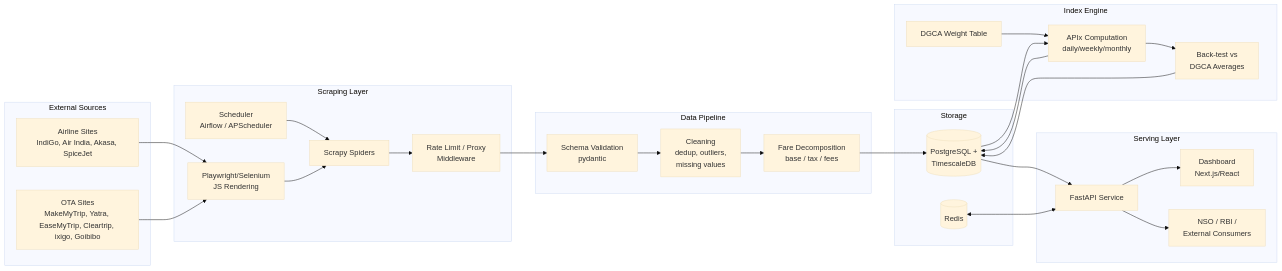
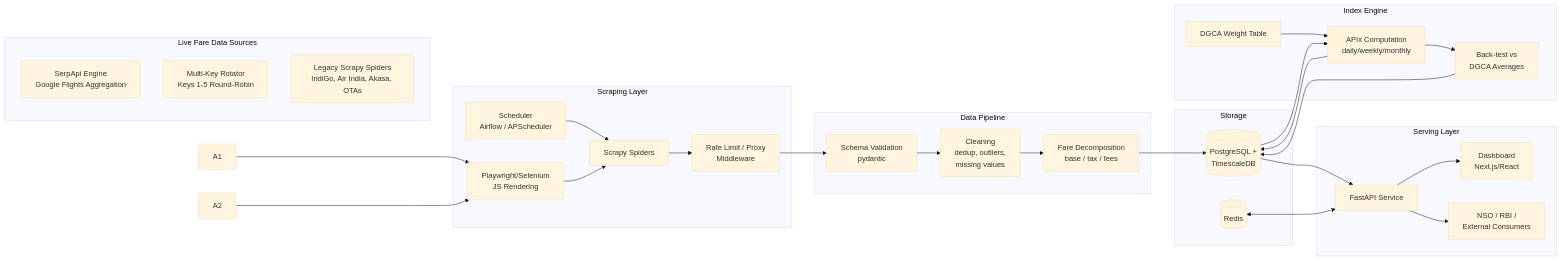
Before and after one commit to reyb888/Faresight: the first of 4 diagrams in SYSTEM_ARCHITECTURE.md, drawn with Mermaid (base theme). The commit also changed other lines of this file and 3 other files, not shown here.

Commit message:
fix(deploy): fix postgres fallback crash and add SerpApi architecture docs

````diff
--- a/SYSTEM_ARCHITECTURE.md
+++ b/SYSTEM_ARCHITECTURE.md
@@ -7,51 +11,52 @@
 ```mermaid
 flowchart LR
-    subgraph Sources["External Sources"]
-        A1[Airline Sites\nIndiGo, Air India, Akasa, SpiceJet]
-        A2[OTA Sites\nMakeMyTrip, Yatra, EaseMyTrip, Cleartrip, ixigo, Goibibo]
+    subgraph Sources["Live Fare Data Sources"]
+        S_API[SerpApi Engine\nGoogle Flights Aggregation]
+        K_ROT[Multi-Key Rotator\nKeys 1-5 Round-Robin]
+        A_LEG[Legacy Scrapy Spiders\nIndiGo, Air India, Akasa, OTAs]
     end
 
     subgraph Scraping["Scraping Layer"]
         S1[Scrapy Spiders]
         S2[Playwright/Selenium\nJS Rendering]
         S3[Rate Limit / Proxy\nMiddleware]
         Sched[Scheduler\nAirflow / APScheduler]
     end
 
     subgraph Pipeline["Data Pipeline"]
         P1[Schema Validation\npydantic]
         P2[Cleaning\ndedup, outliers,\nmissing values]
         P3[Fare Decomposition\nbase / tax / fees]
     end
 
     subgraph Storage["Storage"]
         DB[(PostgreSQL +\nTimescaleDB)]
         Cache[(Redis)]
     end
 
     subgraph Index["Index Engine"]
         W[DGCA Weight Table]
         I1[APIx Computation\ndaily/weekly/monthly]
         I2[Back-test vs\nDGCA Averages]
     end
 
     subgraph Serve["Serving Layer"]
         API[FastAPI Service]
         Dash[Dashboard\nNext.js/React]
         Ext[NSO / RBI /\nExternal Consumers]
     end
 
     Sched --> S1
     A1 --> S2
     A2 --> S2
     S2 --> S1
     S1 --> S3
     S3 --> P1 --> P2 --> P3 --> DB
     W --> I1
     DB --> I1 --> DB
     I1 --> I2 --> DB
     DB --> API
     Cache <--> API
     API --> Dash
     API --> Ext
 ```
````
